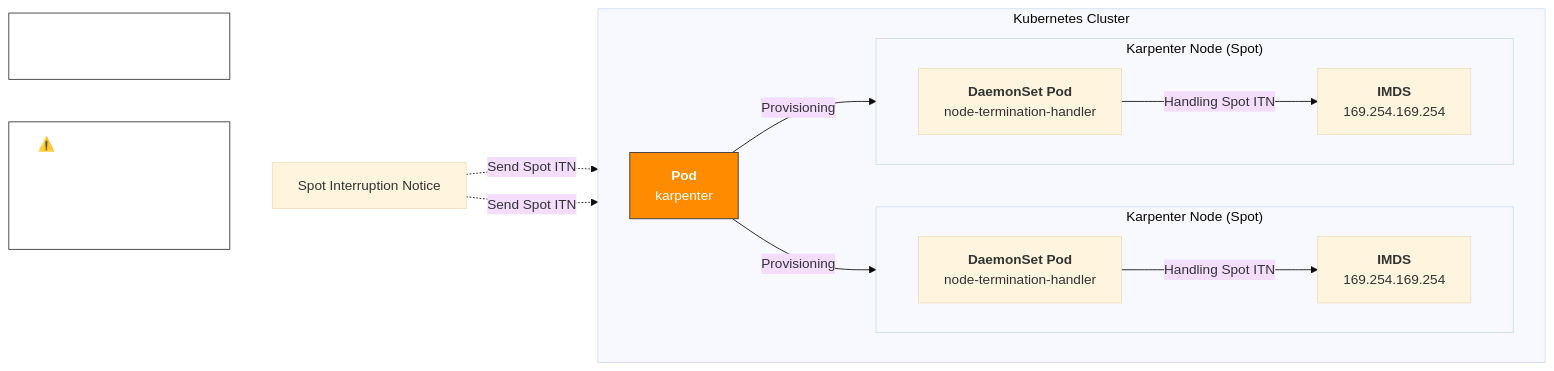
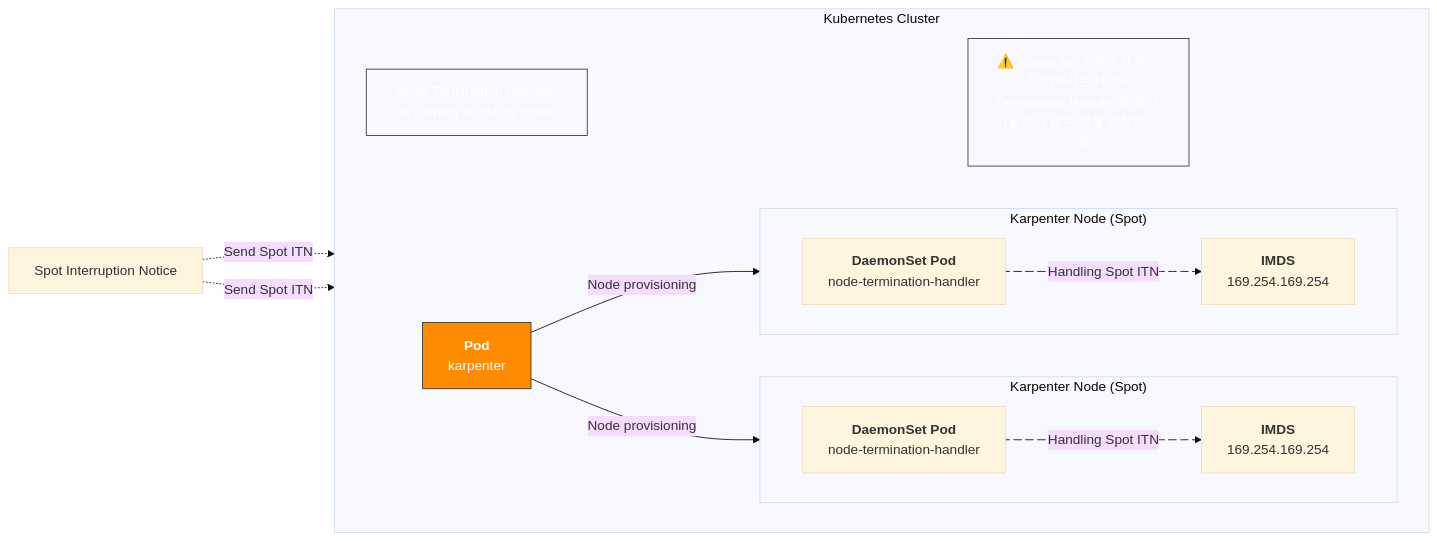
One commit to younsl/younsl.github.io changed the third of 6 diagrams in content/blog/karpenter-spot-fallback/index.md. Above: the diagram before and after it, drawn with Mermaid (base theme). The commit also changed other lines of this file, not shown here.

Commit message:
chore: Update karpenter-spot-fallback diagrams

````diff
--- a/content/blog/karpenter-spot-fallback/index.md
+++ b/content/blog/karpenter-spot-fallback/index.md
@@ -120,38 +126,40 @@
 ```mermaid
 flowchart LR
-  spotitn["Spot Interruption Notice"]
   subgraph k8s[Kubernetes Cluster]
     direction LR
     k["`**Pod**
     karpenter`"]
+    note1["Node Termination Handler is running on IMDS mode"]
+    note2["`⚠️ Karpenter 공식문서 페이지[1]에서는 Node Termination Handler를 같이 사용하지 않는 것을 권장하고 있음`"]
     subgraph node1["Karpenter Node (Spot)"]
       direction LR
       nth1["`**DaemonSet Pod**
       node-termination-handler`"]
       imds1["`**IMDS**
       169.254.169.254`"]
     end
     subgraph node2["Karpenter Node (Spot)"]
       direction LR
       nth2["`**DaemonSet Pod**
       node-termination-handler`"]
       imds2["`**IMDS**
       169.254.169.254`"]
     end
   end
+  spotitn["Spot Interruption Notice"]
 
-  k --Provisioning--> node1
-  k --Provisioning--> node2
-  nth1 --Handling Spot ITN--> imds1
-  nth2 --Handling Spot ITN--> imds2
-  spotitn -.->|Send Spot ITN| imds1 & imds2
+  k --Node provisioning--> node1
+  k --Node provisioning--> node2
+  nth1 e1@--Handling Spot ITN--> imds1
+  nth2 e2@--Handling Spot ITN--> imds2
+  spotitn -.->|Send Spot ITN| imds1
+  spotitn -.->|Send Spot ITN| imds2
 
-  note1["Node Termination Handler is running on IMDS mode"]
-  note2["`⚠️ Karpenter 공식문서 페이지[1]에서는 Node Termination Handler를 같이 사용하지 않는 것을 권장하고 있음`"]
-
-  note2 ~~~ spotitn
+  note1 ~~~ note2
 
   style k fill:darkorange,color:#fff,stroke:#333
   style note1 fill:transparent,color:#fff,stroke:#333
   style note2 fill:transparent,color:#fff,stroke:#333
+  e1@{ animate: true }
+  e2@{ animate: true }
 ```
````
